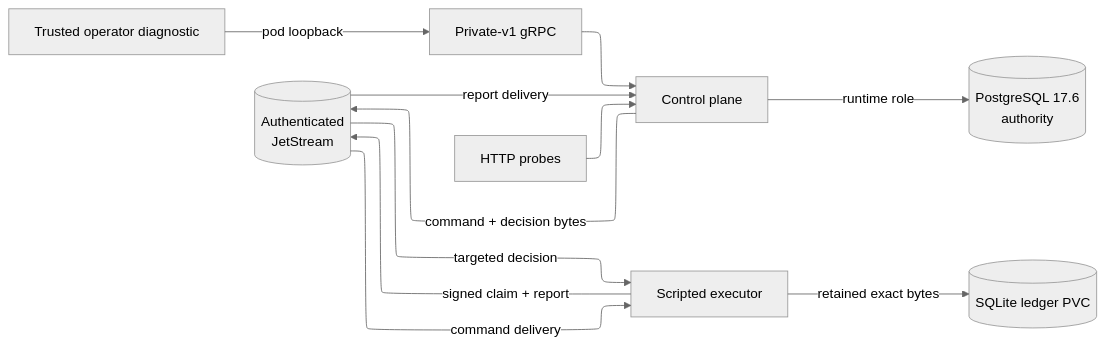
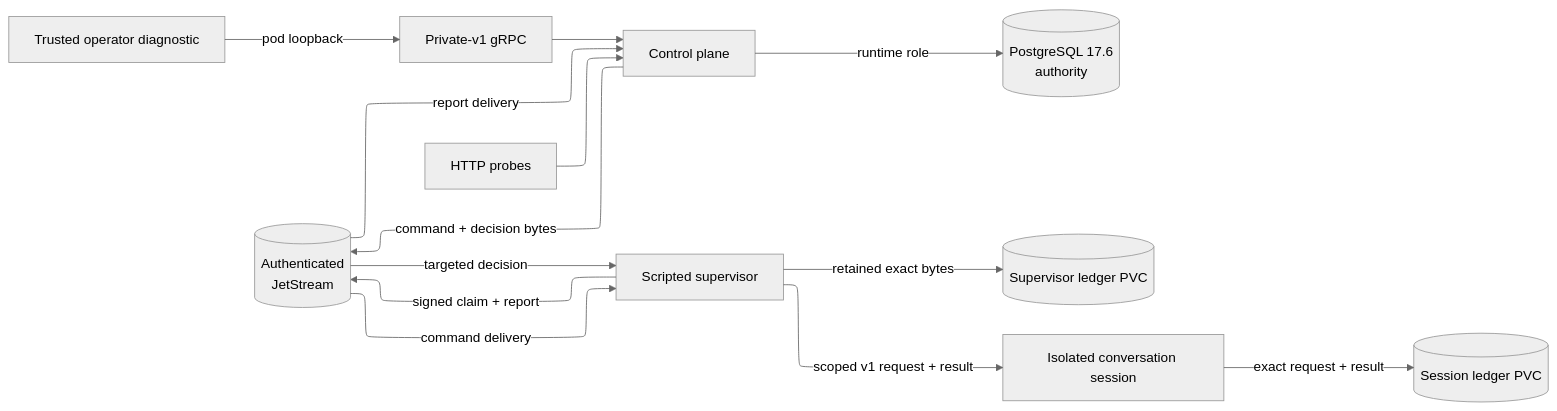
Before and after one commit to ayni-oss/orchestrator: the diagram in docs/technical/architecture/architecture.md, drawn with Mermaid. The commit also changed other lines of this file and 59 other files, not shown here.

````diff
--- a/docs/technical/architecture/architecture.md
+++ b/docs/technical/architecture/architecture.md
@@ -9,19 +9,21 @@
 ```mermaid
 ---
 config:
   theme: neutral
   look: classic
   layout: elk
 ---
 flowchart LR
     D[Trusted operator diagnostic] -->|pod loopback| G[Private-v1 gRPC]
     G --> C[Control plane]
     H[HTTP probes] --> C
     C -->|runtime role| P[(PostgreSQL 17.6\nauthority)]
     C -->|command + decision bytes| J[(Authenticated\nJetStream)]
-    J -->|command delivery| E[Scripted executor]
+    J -->|command delivery| E[Scripted supervisor]
     E -->|signed claim + report| J
-    E -->|retained exact bytes| L[(SQLite ledger PVC)]
+    E -->|retained exact bytes| L[(Supervisor ledger PVC)]
+    E -->|scoped v1 request + result| S[Isolated conversation session]
+    S -->|exact request + result| SL[(Session ledger PVC)]
     J -->|report delivery| C
     J -->|targeted decision| E
 ```
````
